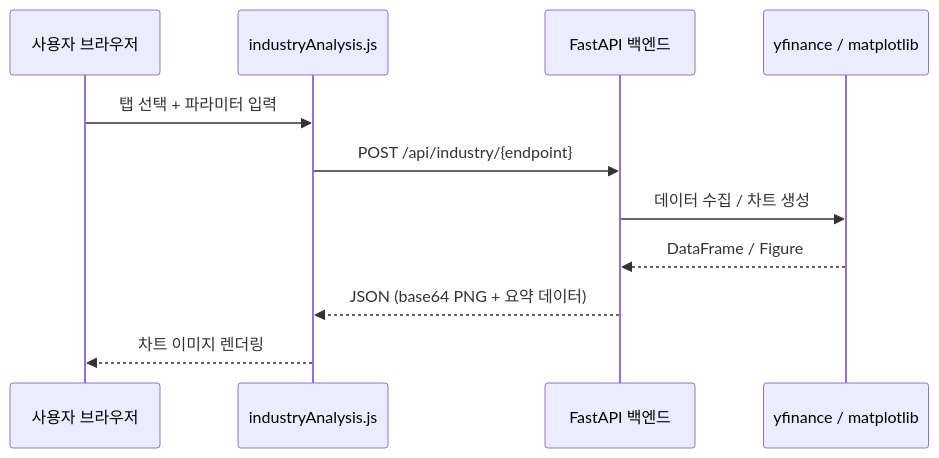
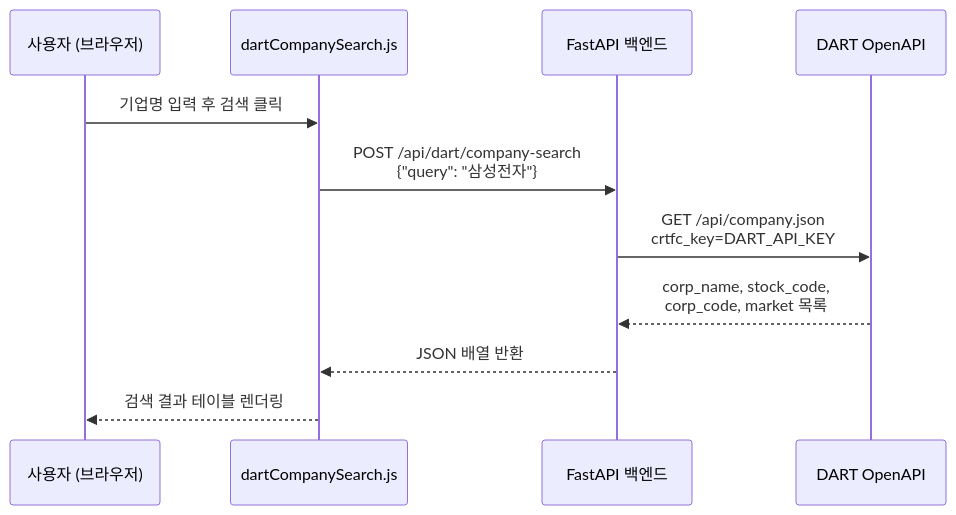
Before and after one commit to edumgt/python-quant: the fifth of 6 diagrams in docs/06.md, drawn with Mermaid. The commit also changed other lines of this file and 36 other files, not shown here.

````diff
--- a/docs/06.md
+++ b/docs/06.md
@@ -623,14 +1298,14 @@
 ```mermaid
 sequenceDiagram
-    participant U as 사용자 브라우저
-    participant JS as industryAnalysis.js
-    participant API as FastAPI 백엔드
-    participant YF as yfinance / matplotlib
+    participant U as 사용자 (브라우저)
+    participant F as dartCompanySearch.js
+    participant B as FastAPI 백엔드
+    participant D as DART OpenAPI
 
-    U->>JS: 탭 선택 + 파라미터 입력
-    JS->>API: POST /api/industry/{endpoint}
-    API->>YF: 데이터 수집 / 차트 생성
-    YF-->>API: DataFrame / Figure
-    API-->>JS: JSON (base64 PNG + 요약 데이터)
-    JS-->>U: 차트 이미지 렌더링
+    U->>F: 기업명 입력 후 검색 클릭
+    F->>B: POST /api/dart/company-search<br/>{"query": "삼성전자"}
+    B->>D: GET /api/company.json<br/>crtfc_key=DART_API_KEY
+    D-->>B: corp_name, stock_code,<br/>corp_code, market 목록
+    B-->>F: JSON 배열 반환
+    F-->>U: 검색 결과 테이블 렌더링
 ```
````
